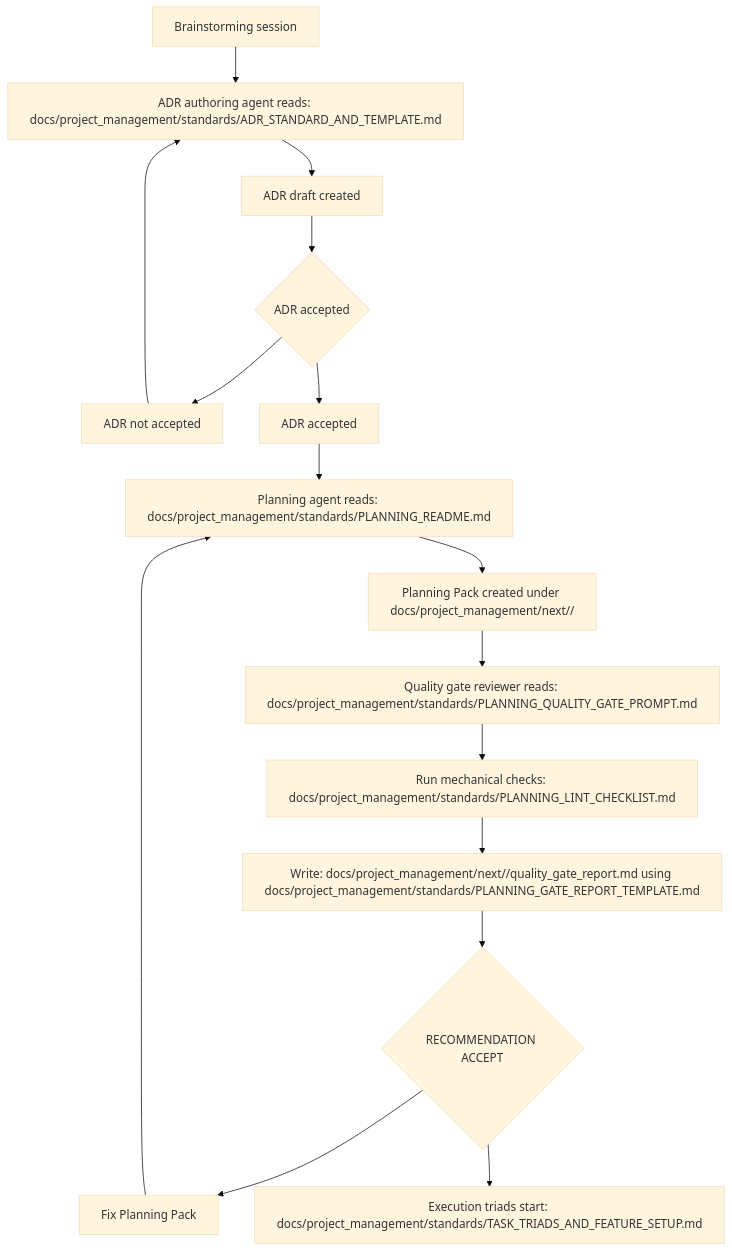
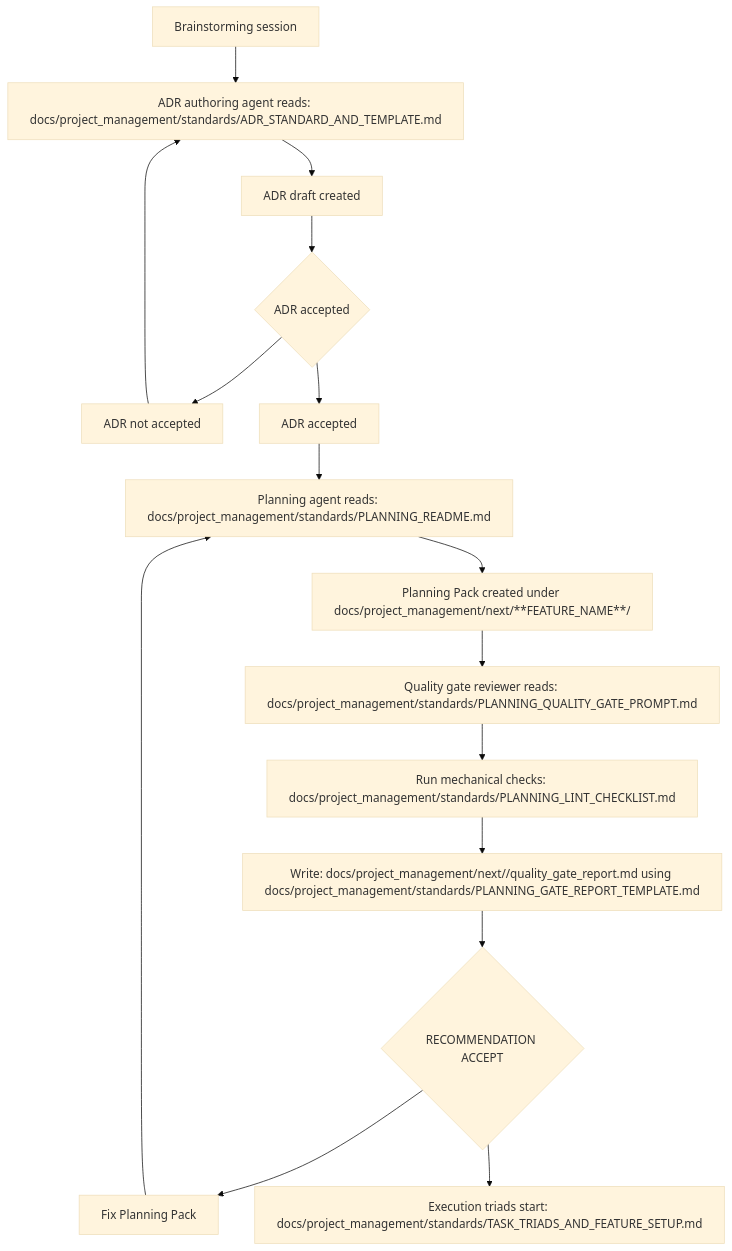
The diagram in docs/project_management/standards/PLANNING_WORKFLOW_OVERVIEW.md (atomize-hq/substrate), drawn with Mermaid (base theme) before and after one commit.

Commit message:
docs(standards): simplify mermaid diagram for compatibility

````diff
--- a/docs/project_management/standards/PLANNING_WORKFLOW_OVERVIEW.md
+++ b/docs/project_management/standards/PLANNING_WORKFLOW_OVERVIEW.md
@@ -9,36 +9,36 @@
 ```mermaid
 flowchart TD
   A[Brainstorming session]
   B["ADR authoring agent reads: docs/project_management/standards/ADR_STANDARD_AND_TEMPLATE.md"]
   C[ADR draft created]
   D{ADR accepted}
   D_NO[ADR not accepted]
   D_YES[ADR accepted]
 
   P["Planning agent reads: docs/project_management/standards/PLANNING_README.md"]
-  PACK[Planning Pack created under docs/project_management/next/<feature>/]
+  PACK[Planning Pack created under docs/project_management/next/**FEATURE_NAME**/]
 
   Q["Quality gate reviewer reads: docs/project_management/standards/PLANNING_QUALITY_GATE_PROMPT.md"]
   LINT["Run mechanical checks: docs/project_management/standards/PLANNING_LINT_CHECKLIST.md"]
   REPORT["Write: docs/project_management/next/<feature>/quality_gate_report.md using docs/project_management/standards/PLANNING_GATE_REPORT_TEMPLATE.md"]
   GATE{RECOMMENDATION ACCEPT}
   GATE_NO[Fix Planning Pack]
   GATE_YES["Execution triads start: docs/project_management/standards/TASK_TRIADS_AND_FEATURE_SETUP.md"]
 
   A --> B
   B --> C
   C --> D
   D --> D_NO
   D --> D_YES
   D_NO --> B
 
   D_YES --> P
   P --> PACK
   PACK --> Q
   Q --> LINT
   LINT --> REPORT
   REPORT --> GATE
   GATE --> GATE_NO
   GATE --> GATE_YES
   GATE_NO --> P
 ```
````
